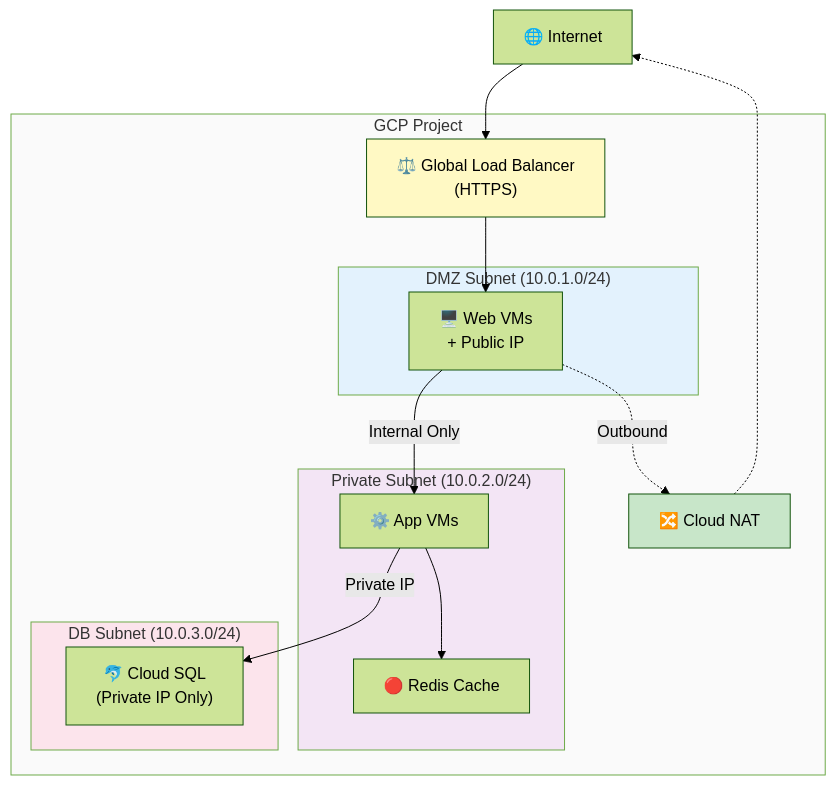
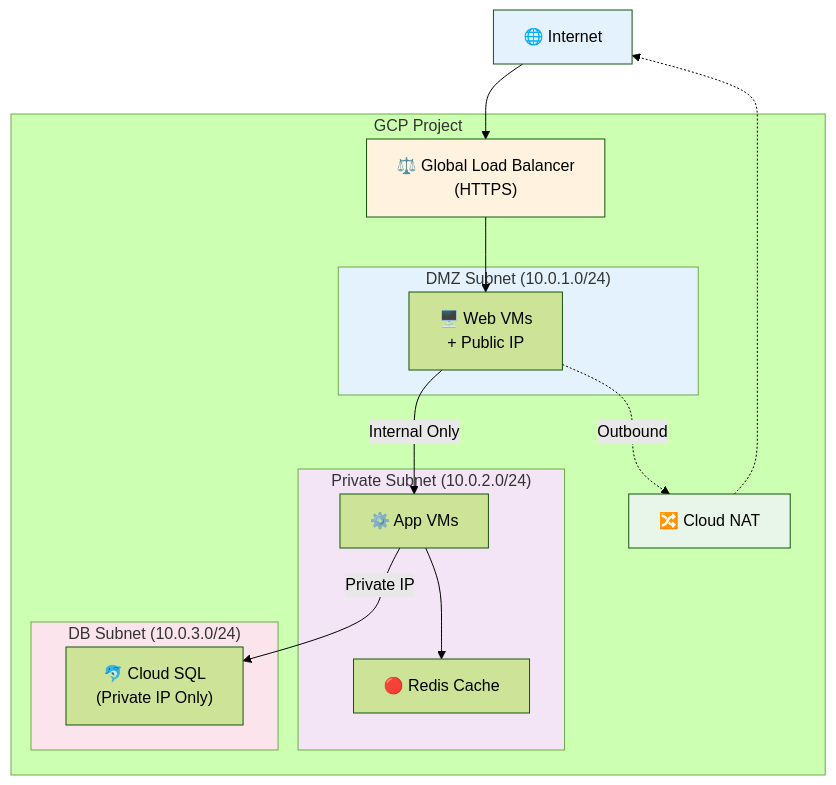
Before and after one commit to JSJ2337/GCP_terraform_code: the second of 2 diagrams in terraform_gcp_infra/README.md, drawn with Mermaid (forest theme).

Commit message:
docs: 3-Tier 네트워크 다이어그램 스타일 통일
의존성 그래프와 동일한 파스텔 색상 스타일 적용
- INET, DMZ: #e3f2fd (파란색)
- LB: #fff3e0 (주황색)
- NAT: #e8f5e9 (초록색)
- Private: #f3e5f5 (보라색)
- DB: #fce4ec (분홍색)

````diff
--- a/terraform_gcp_infra/README.md
+++ b/terraform_gcp_infra/README.md
@@ -175,38 +175,38 @@
 ```mermaid
 flowchart TB
     INET["🌐 Internet"]
 
     subgraph GCP["GCP Project"]
         LB["⚖️ Global Load Balancer<br/>(HTTPS)"]
         NAT["🔀 Cloud NAT"]
 
         subgraph DMZ["DMZ Subnet (10.0.1.0/24)"]
             WEB["🖥️ Web VMs<br/>+ Public IP"]
         end
 
         subgraph Private["Private Subnet (10.0.2.0/24)"]
             APP["⚙️ App VMs"]
             REDIS["🔴 Redis Cache"]
         end
 
         subgraph DB["DB Subnet (10.0.3.0/24)"]
             SQL["🐬 Cloud SQL<br/>(Private IP Only)"]
         end
     end
 
     INET --> LB
     LB --> WEB
     WEB -.->|Outbound| NAT
     NAT -.-> INET
 
     WEB -->|Internal Only| APP
     APP --> REDIS
     APP -->|Private IP| SQL
 
-    style GCP fill:#fafafa
+    style INET fill:#e3f2fd
+    style LB fill:#fff3e0
+    style NAT fill:#e8f5e9
     style DMZ fill:#e3f2fd
     style Private fill:#f3e5f5
     style DB fill:#fce4ec
-    style LB fill:#fff9c4
-    style NAT fill:#c8e6c9
 ```
````
